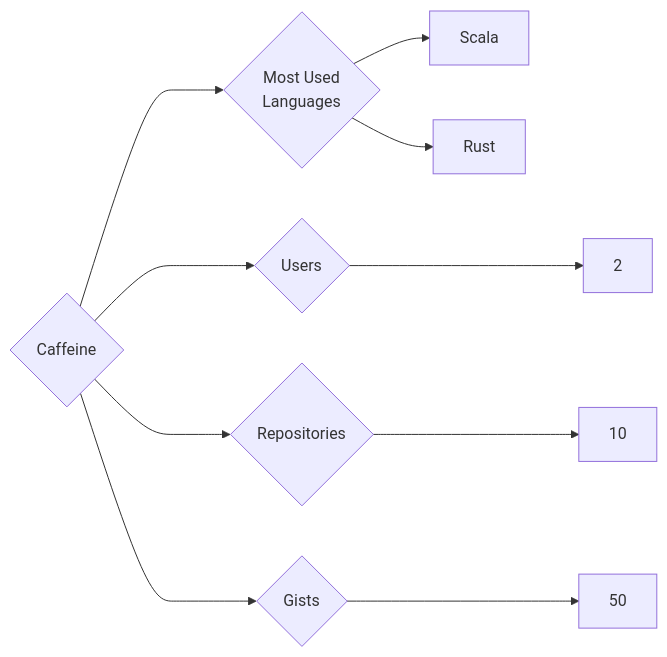
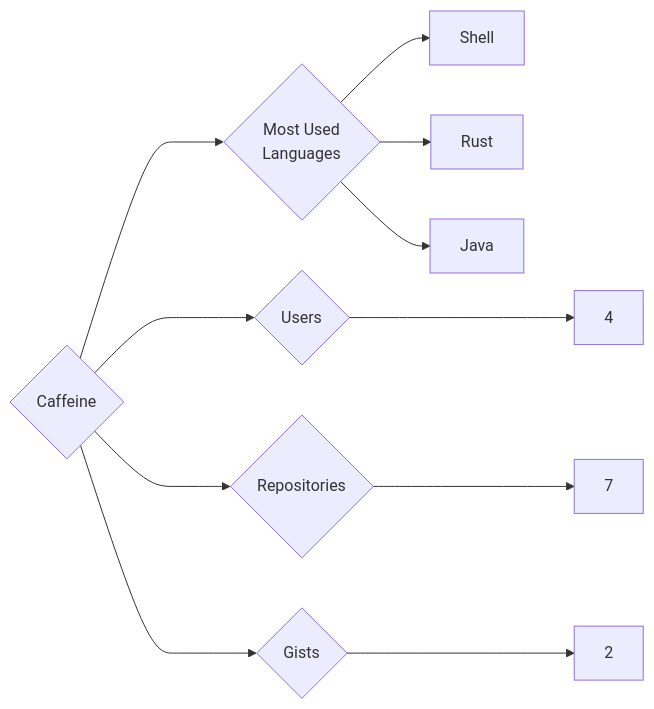
One commit to trickest/insiders changed the diagram in targets/Caffeine/README.md. Above: the diagram before and after it, drawn with Mermaid. The commit also changed 993 other files, not shown here.

````diff
--- a/targets/Caffeine/README.md
+++ b/targets/Caffeine/README.md
@@ -3,10 +3,11 @@
 ```mermaid
 graph LR
 COMPANY_NAME{Caffeine}
-COMPANY_NAME ---> U{Users} ---> UN[2]
-COMPANY_NAME ---> R{Repositories} ---> RN[10]
-COMPANY_NAME ---> G{Gists} ---> GN[50]
+COMPANY_NAME ---> U{Users} ---> UN[4]
+COMPANY_NAME ---> R{Repositories} ---> RN[7]
+COMPANY_NAME ---> G{Gists} ---> GN[2]
 COMPANY_NAME ---> ML{Most Used<br>Languages}
-ML --> Scala[Scala]
+ML --> Shell[Shell]
 ML --> Rust[Rust]
+ML --> Java[Java]
 ```
````
